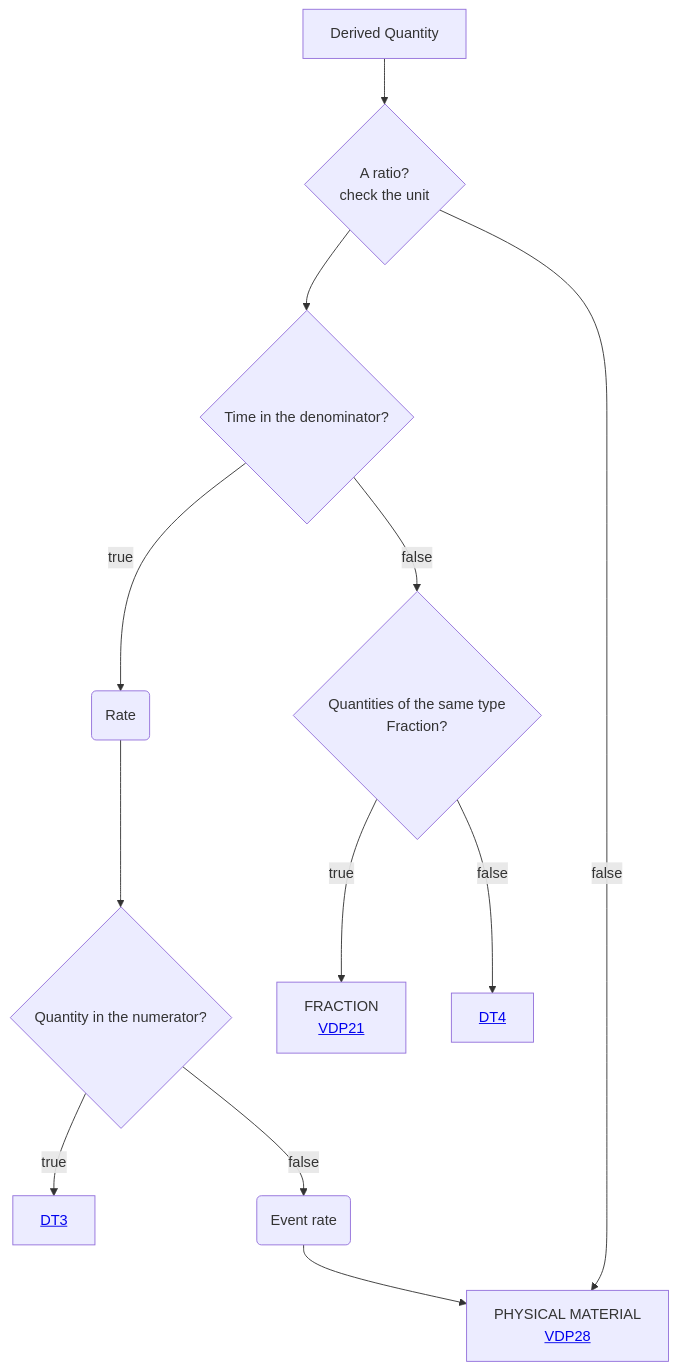
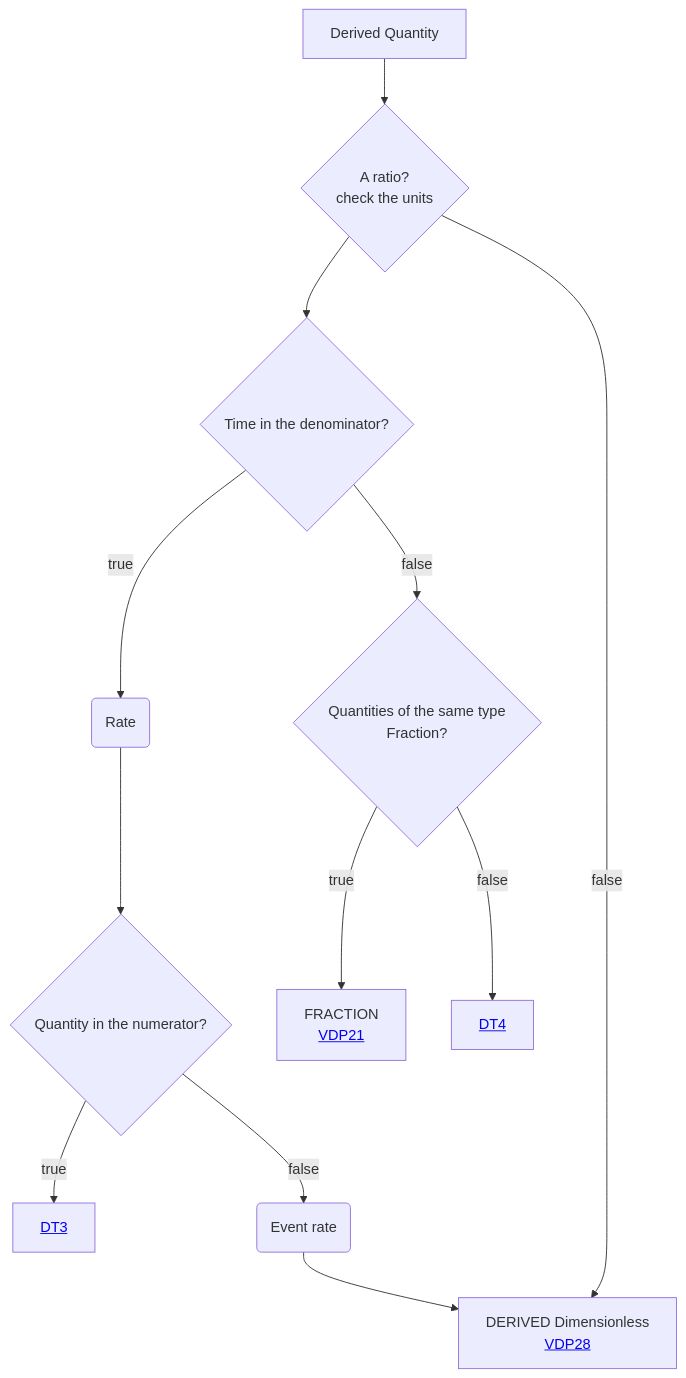
One commit to mabablue/I-ADOPT-patterns-playground changed the diagram in Decisition_trees/DT2.mmd. Above: the diagram before and after it, drawn with Mermaid.

```diff
--- a/Decisition_trees/DT2.mmd
+++ b/Decisition_trees/DT2.mmd
@@ -1,12 +1,12 @@
 flowchart TD
-    A[Derived Quantity] --> B{A ratio?<br>check the unit}
+    A[Derived Quantity] --> B{A ratio?<br>check the units}
     B --> C{Time in the denominator?} 
-    B --> |false|I[PHYSICAL MATERIAL <br> <a href='https://github.com/mabablue/I-ADOPT-patterns-playground/blob/main/pattern/VDP28.yaml'>VDP28</a>]
+    B --> |false|I[DERIVED Dimensionless <br> <a href='https://github.com/mabablue/I-ADOPT-patterns-playground/blob/main/pattern/VDP28.yaml'>VDP28</a>]
     C --> |true|MN(Rate) 
     MN --> N{Quantity in the numerator?}
     C --> |false|D{Quantities of the same type <br> Fraction?}
     N --> |true|E[<a href='https://github.com/mabablue/I-ADOPT-patterns-playground/blob/main/Decisition_trees/DT3.mmd'>DT3</a>]
     N --> |false|O(Event rate)
     O --> I
     D --> |true|J[FRACTION <br> <a href='https://github.com/mabablue/I-ADOPT-patterns-playground/blob/main/pattern/VDP21.yaml'>VDP21</a>]
     D --> |false|P[<a href='https://github.com/mabablue/I-ADOPT-patterns-playground/blob/main/Decisition_trees/DT3.mmd'>DT4</a>]
```
